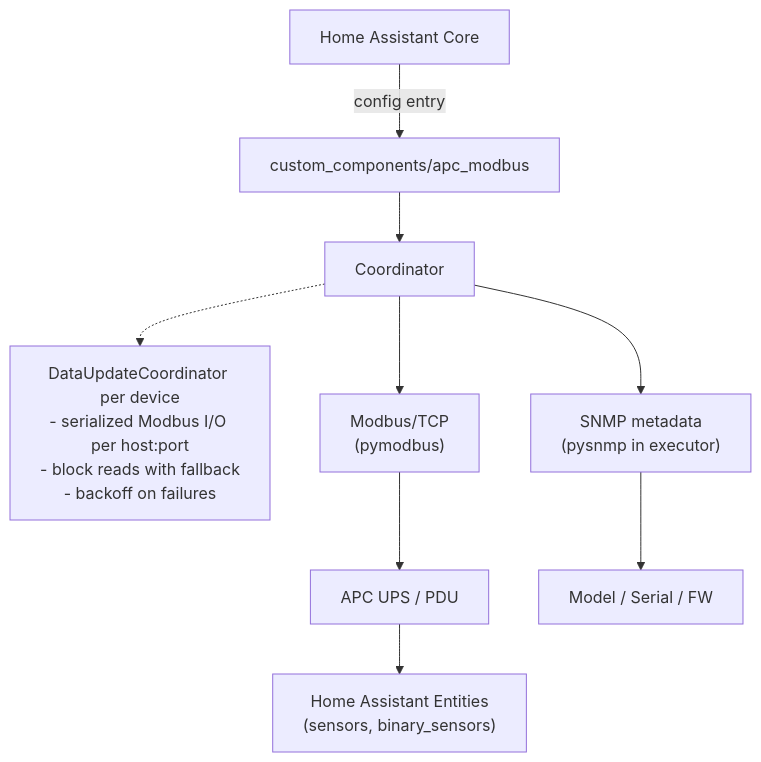
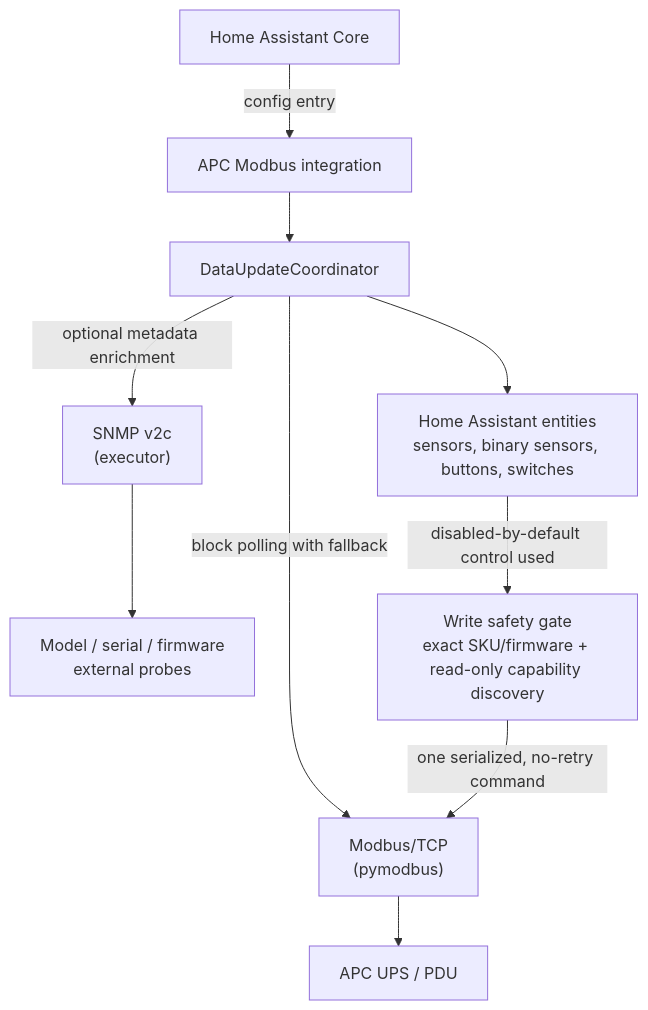
The diagram in README.md (aburow/apc-modbus-snmp-ha), drawn with Mermaid before and after one commit.

Commit message:
docs: update architecture diagram

````diff
--- a/README.md
+++ b/README.md
@@ -98,12 +98,12 @@
 ```mermaid
 graph TD
-  HA[Home Assistant Core] -->|config entry| CC[custom_components/apc_modbus]
-  CC --> COORD[Coordinator]
-  NOTE["DataUpdateCoordinator per device<br/>- serialized Modbus I/O per host:port<br/>- block reads with fallback<br/>- backoff on failures"]
-  COORD -.-> NOTE
-  COORD --> MODBUS["Modbus/TCP<br/>(pymodbus)"]
-  COORD --> SNMP["SNMP metadata<br/>(pysnmp in executor)"]
+  HA[Home Assistant Core] -->|config entry| INTEGRATION[APC Modbus integration]
+  INTEGRATION --> COORD[DataUpdateCoordinator]
+  COORD -->|block polling with fallback| MODBUS["Modbus/TCP<br/>(pymodbus)"]
   MODBUS --> DEVICE["APC UPS / PDU"]
-  SNMP --> META["Model / Serial / FW"]
-  DEVICE --> ENT["Home Assistant Entities<br/>(sensors, binary_sensors)"]
+  COORD -->|optional metadata enrichment| SNMP["SNMP v2c<br/>(executor)"]
+  SNMP --> META["Model / serial / firmware<br/>external probes"]
+  COORD --> ENT["Home Assistant entities<br/>sensors, binary sensors, buttons, switches"]
+  ENT -->|disabled-by-default control used| GATE["Write safety gate<br/>exact SKU/firmware + read-only capability discovery"]
+  GATE -->|one serialized, no-retry command| MODBUS
 ```
````
